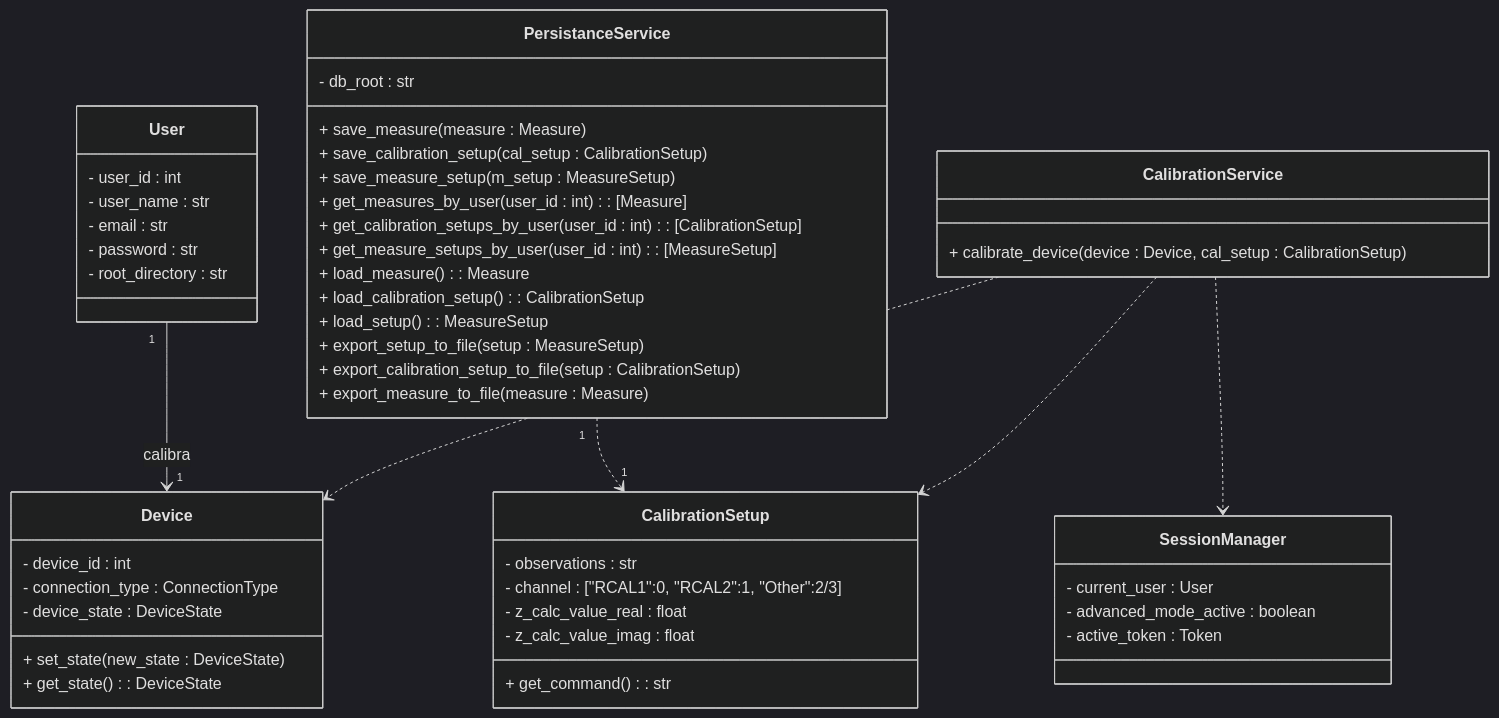
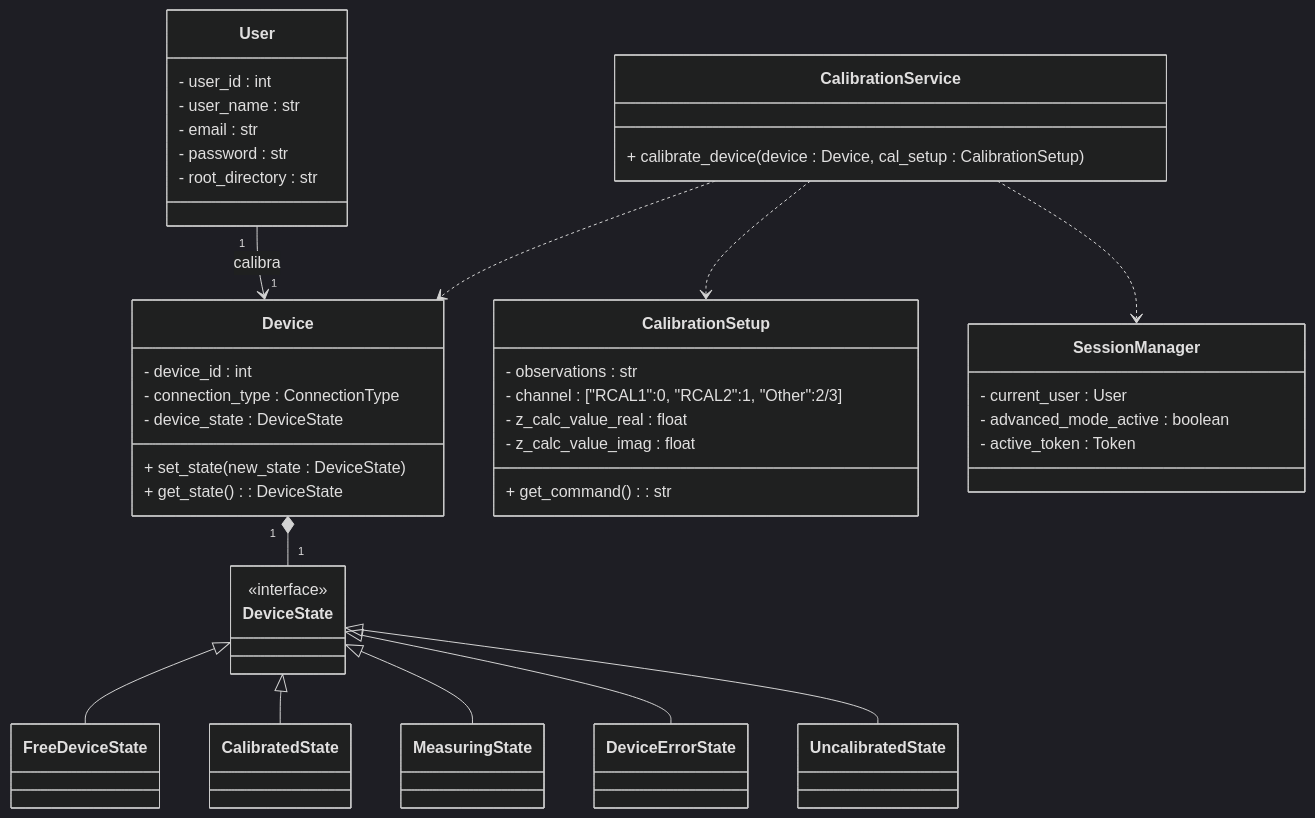
One commit to alegrelias/Repo-GMini changed the third of 6 diagrams in Gmini-MarkDown/Diagramas/Clases Conceptuales.md. Above: the diagram before and after it, drawn with Mermaid (dark theme). The commit also changed other lines of this file, not shown here.

Commit message:
Se modifica diagrama de clases

````diff
--- a/Gmini-MarkDown/Diagramas/Clases Conceptuales.md
+++ b/Gmini-MarkDown/Diagramas/Clases Conceptuales.md
@@ -367,67 +367,61 @@
 ```mermaid
 classDiagram
+DeviceState <|-- FreeDeviceState
+DeviceState <|-- CalibratedState
+DeviceState <|-- MeasuringState
+DeviceState <|-- DeviceErrorState
+DeviceState <|-- UncalibratedState
+
 %% clases
 class User {
 	- user_id : int
 	- user_name : str
 	- email : str
 	- password : str
 	- root_directory : str
 	
 }
 
 class CalibrationSetup{
 	- observations : str
 	- channel : ["RCAL1":0, "RCAL2":1, "Other":2/3]
 	- z_calc_value_real : float
 	- z_calc_value_imag : float
 	+ get_command() : str
 }
 
 class Device{
 	- device_id : int
 	- connection_type : ConnectionType
 	- device_state : DeviceState
 	+ set_state(new_state : DeviceState)
 	+ get_state() : DeviceState
 }
 
+class DeviceState{
+		<<interface>>
+	}
+	class FreeDeviceState
+	class CalibratedState
+	class MeasuringState
+	class DeviceErrorState
+
 class CalibrationService{
 	+ calibrate_device(device : Device, cal_setup : CalibrationSetup)
 }
 
 class SessionManager{
 	- current_user : User
 	- advanced_mode_active : boolean
 	- active_token : Token
 }
 
-class PersistanceService{
-	- db_root : str
-	  
-	%% operaciones en db
-	+ save_measure(measure : Measure)
-	+ save_calibration_setup(cal_setup : CalibrationSetup)
-	+ save_measure_setup(m_setup : MeasureSetup)
-	+ get_measures_by_user(user_id : int) : [Measure]
-	+ get_calibration_setups_by_user(user_id : int) : [CalibrationSetup]
-	+ get_measure_setups_by_user(user_id : int) : [MeasureSetup]
-	  
-	%% operaciones en archivos
-	+ load_measure() : Measure
-	+ load_calibration_setup() : CalibrationSetup
-	+ load_setup() : MeasureSetup
-	+ export_setup_to_file(setup : MeasureSetup)
-	+ export_calibration_setup_to_file(setup : CalibrationSetup)
-	+ export_measure_to_file(measure : Measure)
-}
-
 %% relaciones
 User "1"-->"1" Device : calibra
 
-PersistanceService "1"..>"1" CalibrationSetup
+Device "1"*--"1" DeviceState
 
 CalibrationService ..> Device
 CalibrationService ..> CalibrationSetup
 CalibrationService ..> SessionManager
 ```
````
